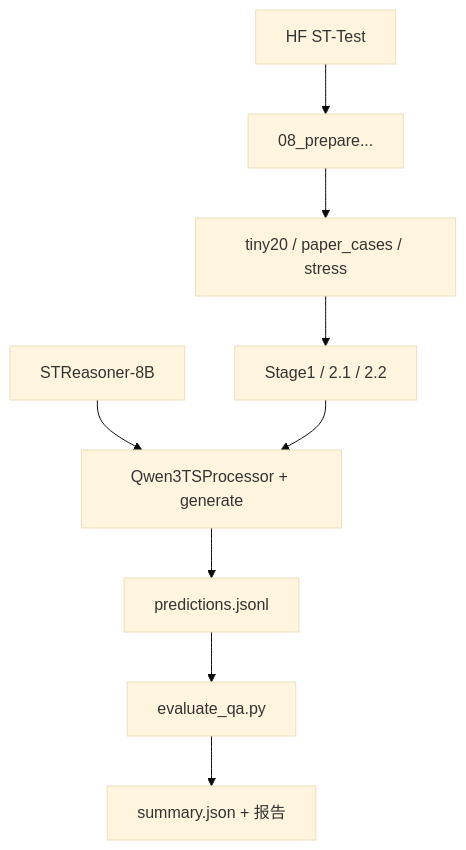
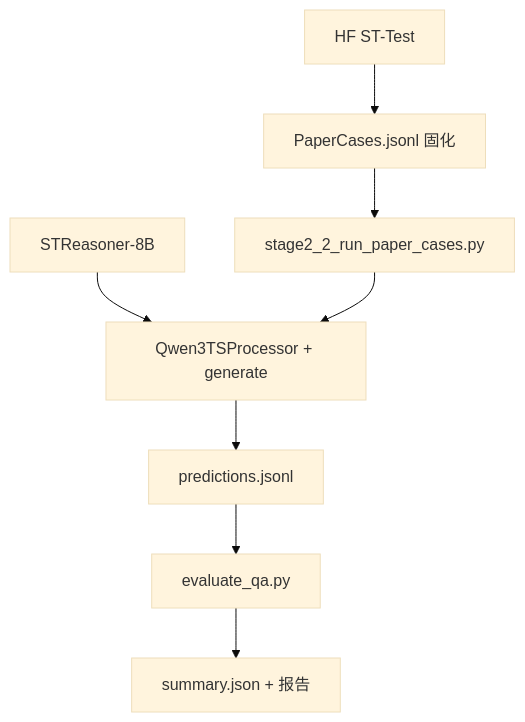
The third of 3 diagrams in 00_new_codes/guides/pipeline_map.md (XWWW-XD/STReasoner_reproduce), drawn with Mermaid (base theme) before and after one commit. The commit also changed other lines of this file and 258 other files, not shown here.

````diff
--- a/00_new_codes/guides/pipeline_map.md
+++ b/00_new_codes/guides/pipeline_map.md
@@ -382,11 +359,10 @@
 ```mermaid
 flowchart TB
-  HF["HF ST-Test"] --> P08["08_prepare..."]
-  P08 --> SUBSETS[tiny20 / paper_cases / stress]
-  SUBSETS --> RUNNERS[Stage1 / 2.1 / 2.2]
+  HF["HF ST-Test"] --> PC["PaperCases.jsonl 固化"]
+  PC --> S22["stage2_2_run_paper_cases.py"]
   MODEL["STReasoner-8B"] --> PROC["Qwen3TSProcessor + generate"]
-  RUNNERS --> PROC
+  S22 --> PROC
   PROC --> OUT["predictions.jsonl"]
   OUT --> EVAL["evaluate_qa.py"]
   EVAL --> SUM["summary.json + 报告"]
 ```
````
